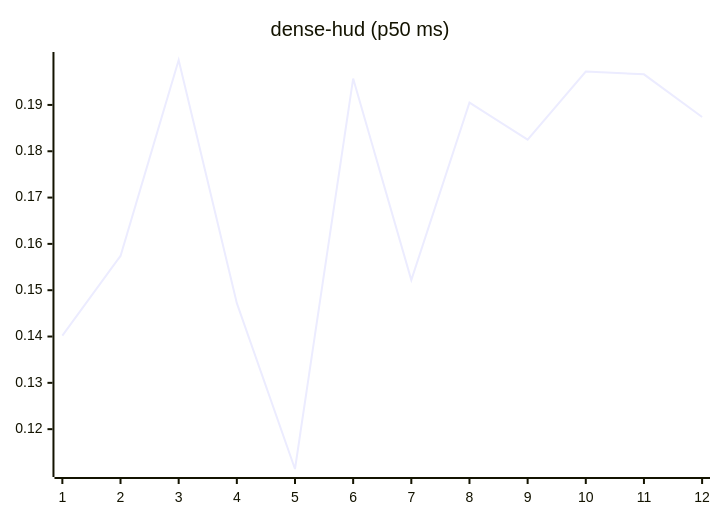
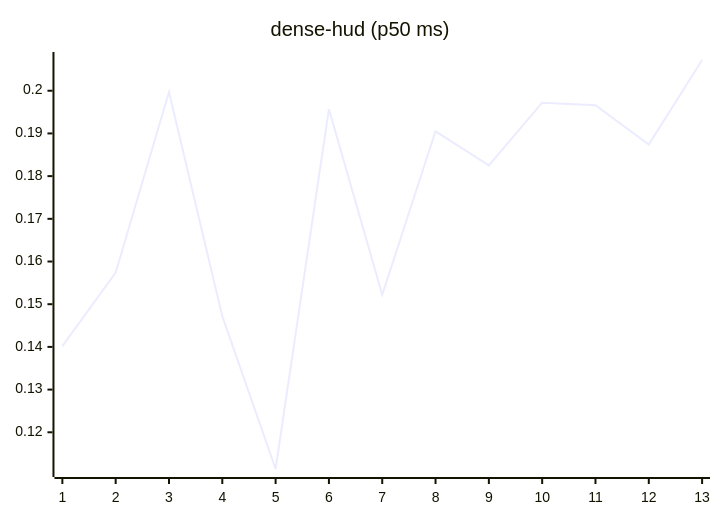
One commit to josha/Facet changed the eighth of 27 diagrams in README.md. Above: the diagram before and after it, drawn with Mermaid. The commit also changed other lines of this file and 2 other files, not shown here.

````diff
--- a/README.md
+++ b/README.md
@@ -112,6 +112,6 @@
 ```mermaid
 xychart-beta
     title "dense-hud (p50 ms)"
-    x-axis 1 --> 12
-    line [0.1402, 0.1574, 0.1997, 0.1472, 0.1114, 0.1957, 0.1522, 0.1905, 0.1825, 0.1972, 0.1966, 0.1874]
+    x-axis 1 --> 13
+    line [0.1402, 0.1574, 0.1997, 0.1472, 0.1114, 0.1957, 0.1522, 0.1905, 0.1825, 0.1972, 0.1966, 0.1874, 0.2072]
 ```
````
